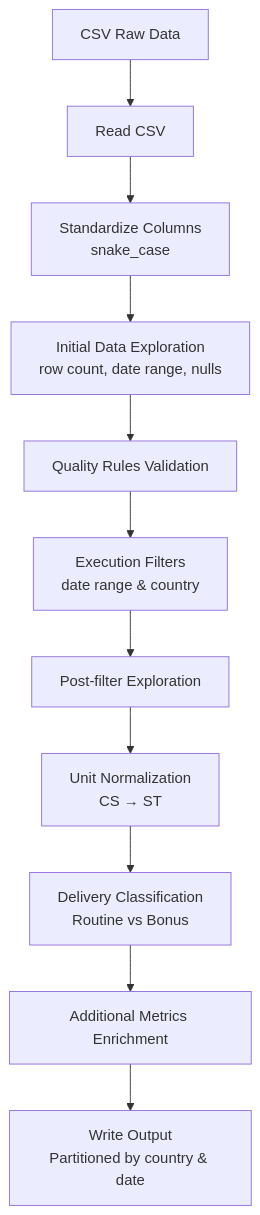
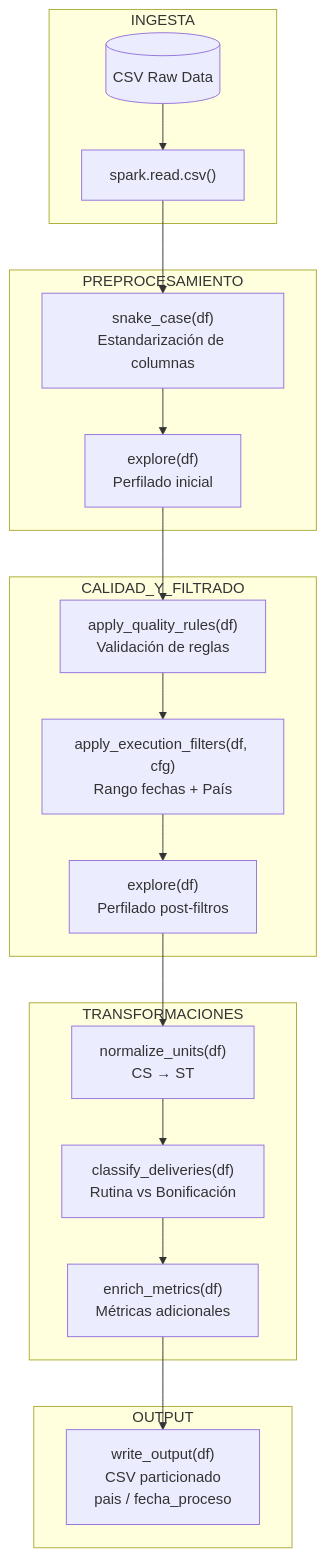
Before and after one commit to yomali18/prueba_apex: the diagram in README.md, drawn with Mermaid. The commit also changed other lines of this file, not shown here.

````diff
--- a/README.md
+++ b/README.md
@@ -128,13 +128,29 @@
 ```mermaid
 flowchart TD
-    A[CSV Raw Data] --> B[Read CSV]
-    B --> C[Standardize Columns<br/>snake_case]
-    C --> D[Initial Data Exploration<br/>row count, date range, nulls]
-    D --> E[Quality Rules Validation]
-    E --> F[Execution Filters<br/>date range & country]
-    F --> G[Post-filter Exploration]
-    G --> H[Unit Normalization<br/>CS → ST]
-    H --> I[Delivery Classification<br/>Routine vs Bonus]
-    I --> J[Additional Metrics Enrichment]
-    J --> K[Write Output<br/>Partitioned by country & date]
+
+    subgraph INGESTA
+        A[(CSV Raw Data)]
+        A --> B["spark.read.csv()"]
+    end
+
+    subgraph PREPROCESAMIENTO
+        B --> C["snake_case(df)<br/>Estandarización de columnas"]
+        C --> D["explore(df)<br/>Perfilado inicial"]
+    end
+
+    subgraph CALIDAD_Y_FILTRADO
+        D --> E["apply_quality_rules(df)<br/>Validación de reglas"]
+        E --> F["apply_execution_filters(df, cfg)<br/>Rango fechas + País"]
+        F --> G["explore(df)<br/>Perfilado post-filtros"]
+    end
+
+    subgraph TRANSFORMACIONES
+        G --> H["normalize_units(df)<br/>CS → ST"]
+        H --> I["classify_deliveries(df)<br/>Rutina vs Bonificación"]
+        I --> J["enrich_metrics(df)<br/>Métricas adicionales"]
+    end
+
+    subgraph OUTPUT
+        J --> K["write_output(df)<br/>CSV particionado<br/>pais / fecha_proceso"]
+    end
 ```
````
